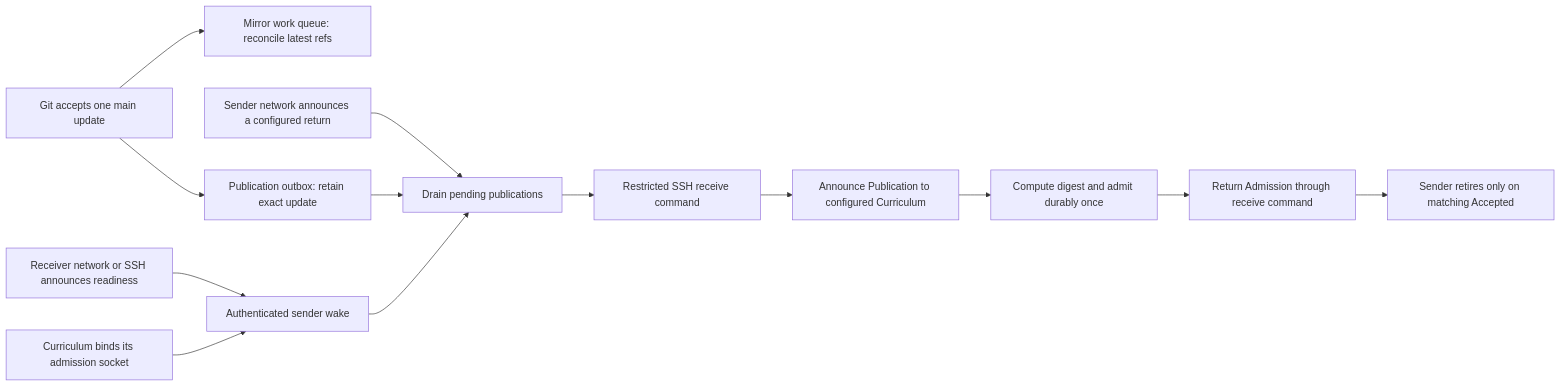
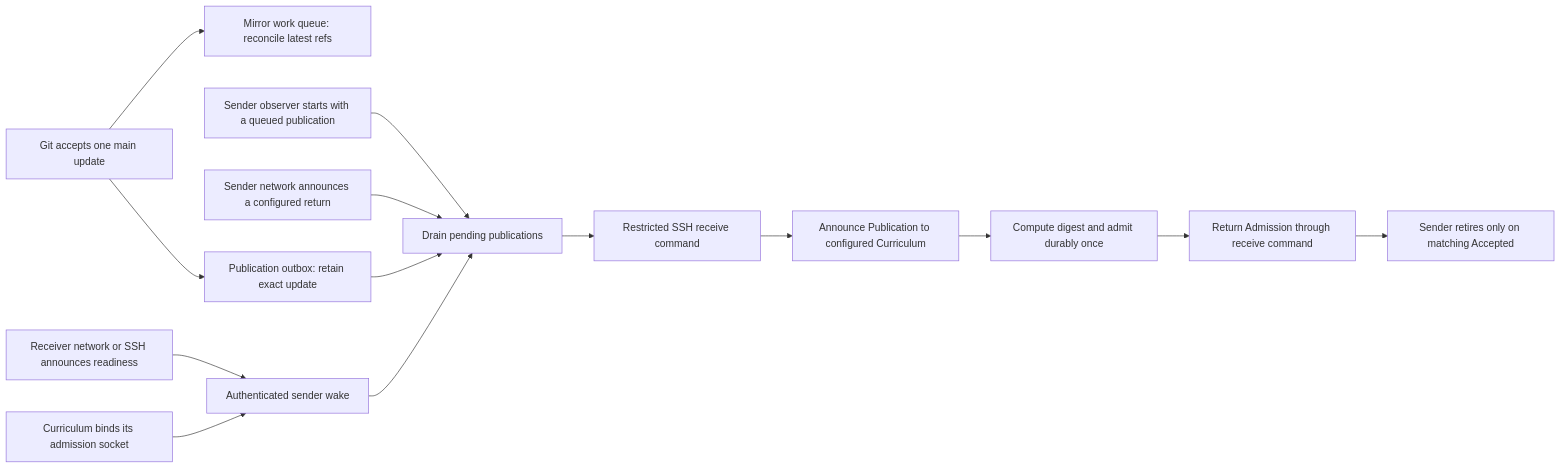
The diagram in checks/git-publication-delivery/design.md (LiGoldragon/CriomOS), drawn with Mermaid before and after one commit. The commit also changed other lines of this file and 5 other files, not shown here.

Commit message:
Wake pending Git publications when the sender starts

````diff
--- a/checks/git-publication-delivery/design.md
+++ b/checks/git-publication-delivery/design.md
@@ -21,15 +21,16 @@
 ```mermaid
 flowchart LR
     a["Git accepts one main update"] --> m["Mirror work queue: reconcile latest refs"]
     a --> b["Publication outbox: retain exact update"]
-    sn["Sender network announces a configured return"] --> dr["Drain pending publications"]
+    ss["Sender observer starts with a queued publication"] --> dr["Drain pending publications"]
+    sn["Sender network announces a configured return"] --> dr
     rn["Receiver network or SSH announces readiness"] --> w["Authenticated sender wake"]
     cr["Curriculum binds its admission socket"] --> w
     b --> dr
     dr --> s["Restricted SSH receive command"]
     w --> dr
     s --> c["Announce Publication to configured Curriculum"]
     c --> i["Compute digest and admit durably once"]
     i --> k["Return Admission through receive command"]
     k --> x["Sender retires only on matching Accepted"]
 ```
````
